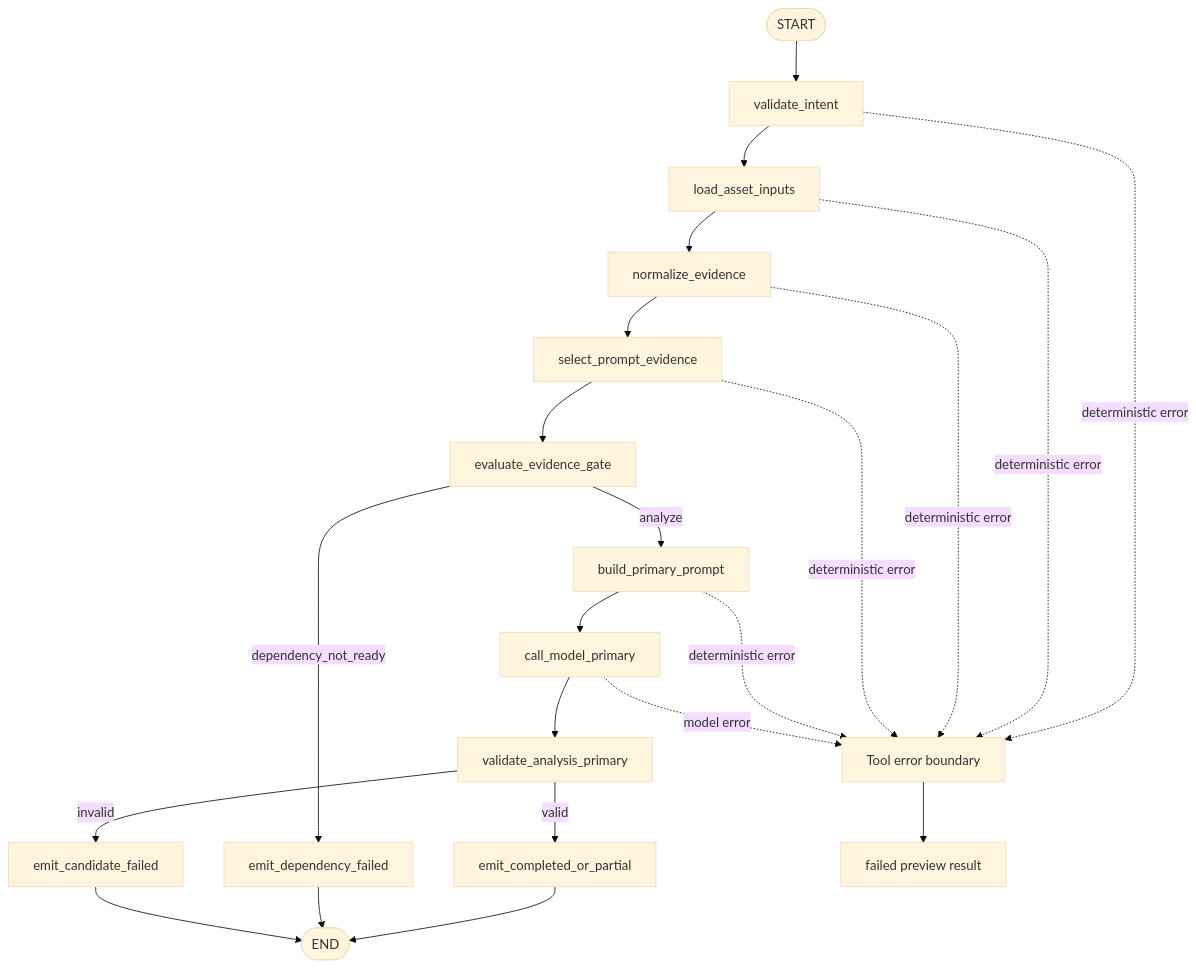
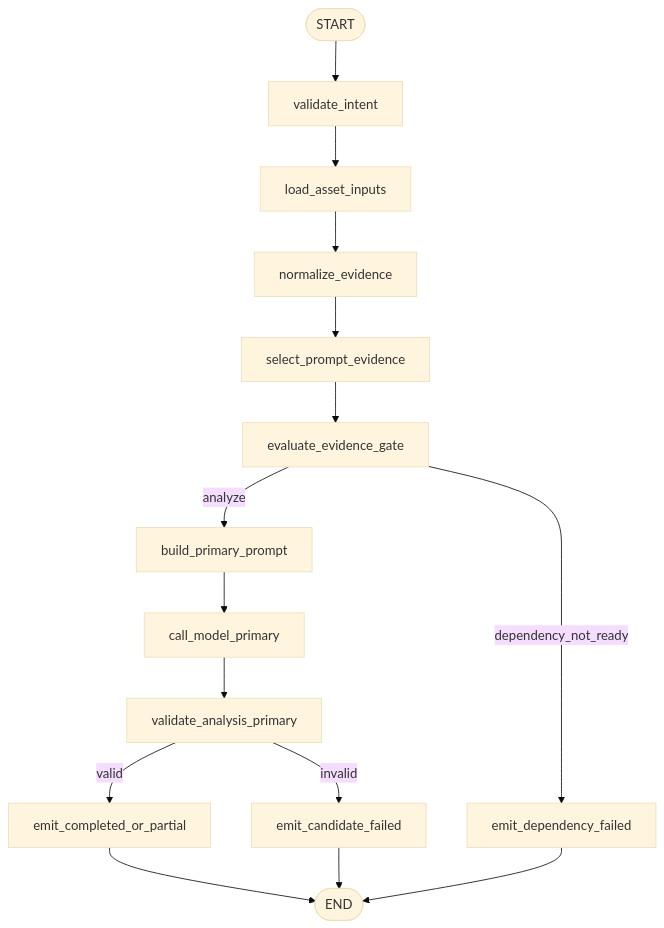
One commit to FigoGoo/Dora-Agent changed the first of 3 diagrams in docs/design/agent/graphtool/analyze_materials-design.md. Above: the diagram before and after it, drawn with Mermaid (base theme). The commit also changed other lines of this file and 68 other files, not shown here.

````diff
--- a/docs/design/agent/graphtool/analyze_materials-design.md
+++ b/docs/design/agent/graphtool/analyze_materials-design.md
@@ -100,24 +44,17 @@
 ```mermaid
 flowchart TD
     S([START]) --> VI[validate_intent]
     VI --> LI[load_asset_inputs]
     LI --> NE[normalize_evidence]
     NE --> SE[select_prompt_evidence]
     SE --> EG[evaluate_evidence_gate]
     EG -->|analyze| BP[build_primary_prompt]
     EG -->|dependency_not_ready| EDF[emit_dependency_failed]
     BP --> CM[call_model_primary]
     CM --> VA[validate_analysis_primary]
     VA -->|valid| ER[emit_completed_or_partial]
     VA -->|invalid| ECF[emit_candidate_failed]
     ER --> X([END])
     EDF --> X
     ECF --> X
-    VI -. deterministic error .-> TB[Tool error boundary]
-    LI -. deterministic error .-> TB
-    NE -. deterministic error .-> TB
-    SE -. deterministic error .-> TB
-    BP -. deterministic error .-> TB
-    CM -. model error .-> TB
-    TB --> FR[failed preview result]
 ```
````
